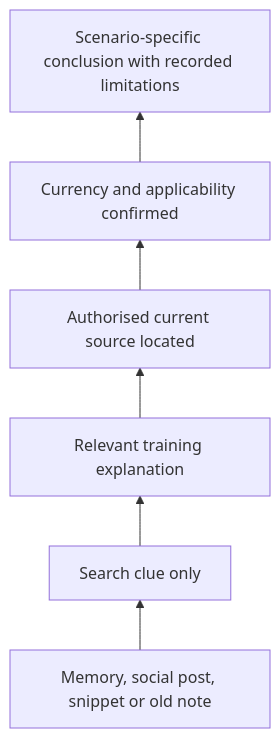
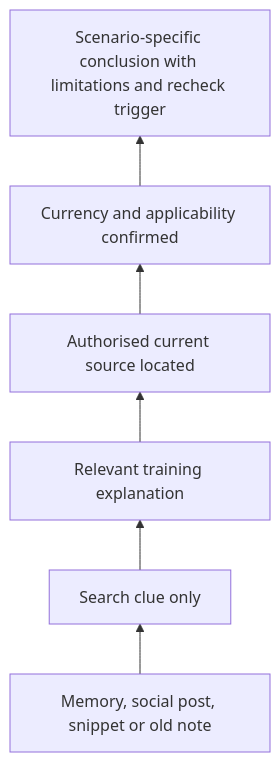
Before and after one commit to andrew3stedall/capstone: the third of 3 diagrams in docs/learning-plans/12-week/modules/day-01-program-orientation-baseline-diagnostic-and-authorised-source-map.md, drawn with Mermaid. The commit also changed other lines of this file and 2 other files, not shown here.

````diff
--- a/docs/learning-plans/12-week/modules/day-01-program-orientation-baseline-diagnostic-and-authorised-source-map.md
+++ b/docs/learning-plans/12-week/modules/day-01-program-orientation-baseline-diagnostic-and-authorised-source-map.md
@@ -209,8 +230,8 @@
 ```mermaid
 flowchart BT
     A["Memory, social post, snippet or old note"] --> B["Search clue only"]
     B --> C["Relevant training explanation"]
     C --> D["Authorised current source located"]
     D --> E["Currency and applicability confirmed"]
-    E --> F["Scenario-specific conclusion with recorded limitations"]
+    E --> F["Scenario-specific conclusion with limitations and recheck trigger"]
 ```
````
